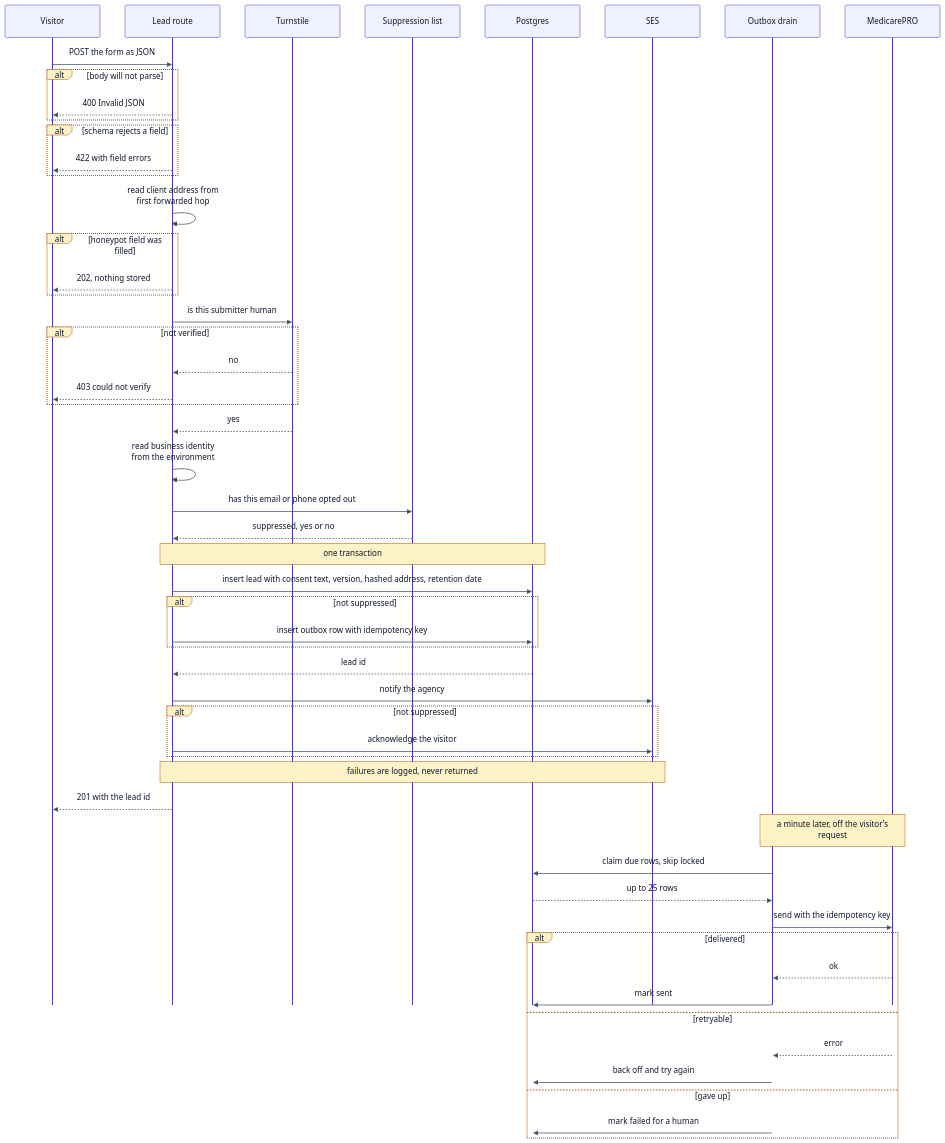
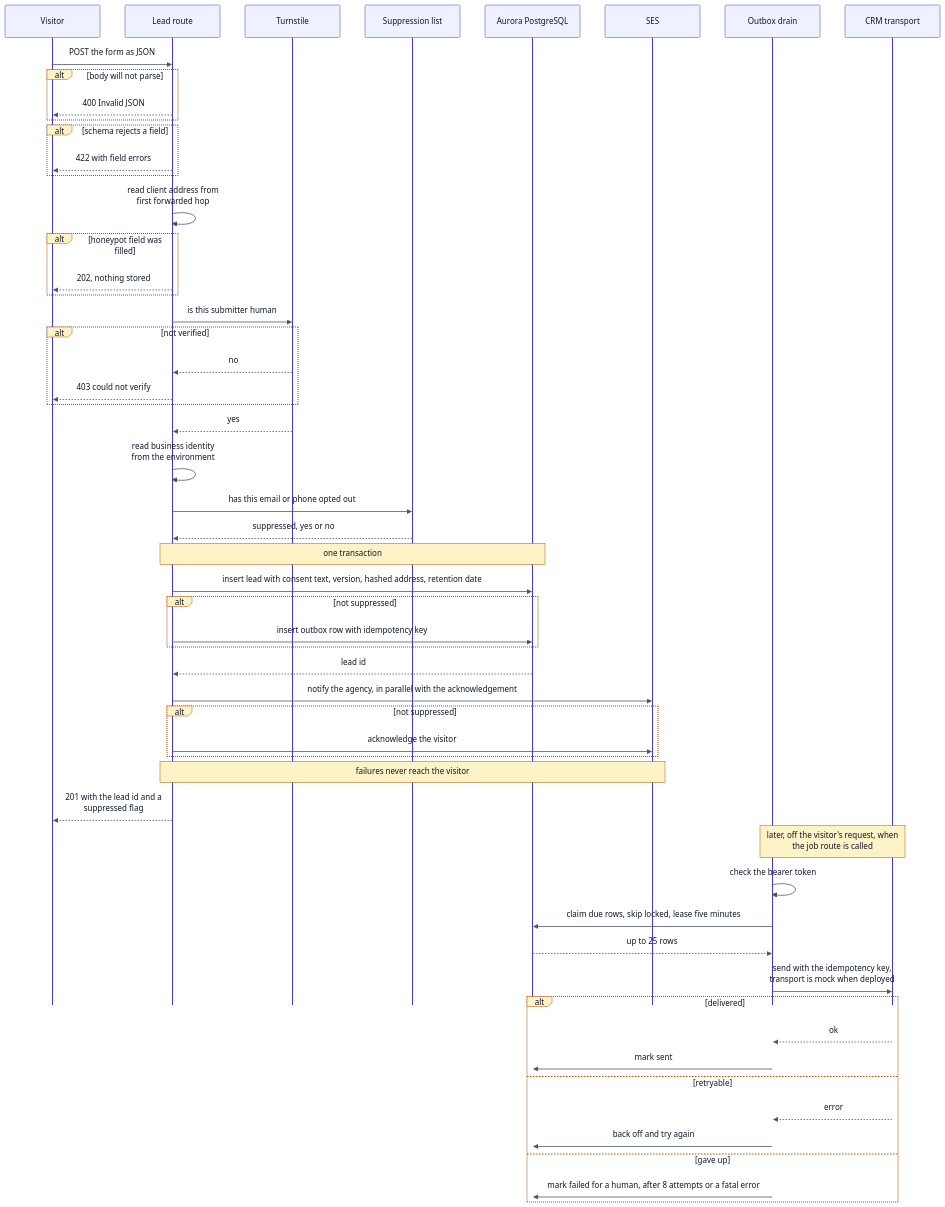
Before and after one commit to marc-mccarthy/legacy-benefits-mn: the fourth of 8 diagrams in docs/diagrams/SOURCES.md, drawn with Mermaid. The commit also changed other lines of this file and 10 other files, not shown here.

Commit message:
docs: redraw diagrams against the current infra and code

````diff
--- a/docs/diagrams/SOURCES.md
+++ b/docs/diagrams/SOURCES.md
@@ -246,7 +252,8 @@
   It reads the client address from the first hop of the forwarded-for header. A
   filled honeypot field is accepted with a success status and nothing is stored,
   so a bot learns nothing from the response. Turnstile is asked whether the
-  submitter is human and a failure is rejected. The business identity is read from
+  submitter is human and a failure is rejected; when no Turnstile secret is
+  configured the check is skipped. The business identity is read from
   the environment, because the consent text has to name the specific business, and
   a missing BUSINESS_NAME throws rather than resolving to a default. The
   capture step checks the suppression list first, then opens one transaction: the
@@ -254,19 +261,22 @@
   disclosure version, a hashed address and a retention date ten years out. Only if
   the person is not suppressed is an outbox row inserted in that same transaction.
   Email is best effort and its failures are swallowed, because the lead is already
-  committed. The visitor gets a created response either way. Delivery happens
-  later: a host timer posts to the job route once a minute, which claims due rows
-  and sends them to the CRM.
+  committed; it is skipped when no sender address is configured. The visitor gets a
+  created response either way, and its body carries the lead id and a suppressed
+  flag. Delivery happens later and off the request: a caller posts to the job route
+  with the bearer token, and the route claims due rows and sends them to the CRM
+  transport. Nothing in infra/ schedules that call, and the deployed function sets
+  the transport to mock.
 }
 
 participant V as Visitor
 participant R as Lead route
 participant T as Turnstile
 participant S as Suppression list
-participant DB as Postgres
+participant DB as Aurora PostgreSQL
 participant M as SES
 participant J as Outbox drain
-participant C as MedicarePRO
+participant C as CRM transport
 
 V->>R: POST the form as JSON
 alt body will not parse
@@ -294,16 +304,17 @@
   R->>DB: insert outbox row with idempotency key
 end
 DB-->>R: lead id
-R->>M: notify the agency
+R->>M: notify the agency, in parallel with the acknowledgement
 alt not suppressed
   R->>M: acknowledge the visitor
 end
-Note over R,M: failures are logged, never returned
-R-->>V: 201 with the lead id
-Note over J,C: a minute later, off the visitor's request
-J->>DB: claim due rows, skip locked
+Note over R,M: failures never reach the visitor
+R-->>V: 201 with the lead id and a suppressed flag
+Note over J,C: later, off the visitor's request, when the job route is called
+J->>J: check the bearer token
+J->>DB: claim due rows, skip locked, lease five minutes
 DB-->>J: up to 25 rows
-J->>C: send with the idempotency key
+J->>C: send with the idempotency key, transport is mock when deployed
 alt delivered
   C-->>J: ok
   J->>DB: mark sent
@@ -311,6 +322,6 @@
   C-->>J: error
   J->>DB: back off and try again
 else gave up
-  J->>DB: mark failed for a human
+  J->>DB: mark failed for a human, after 8 attempts or a fatal error
 end
 ```
````
